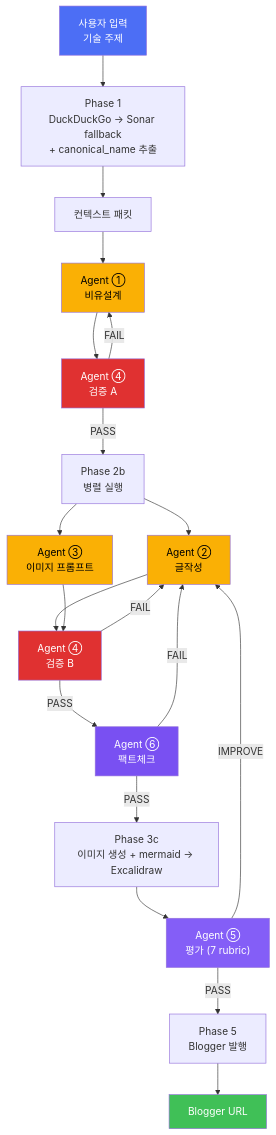
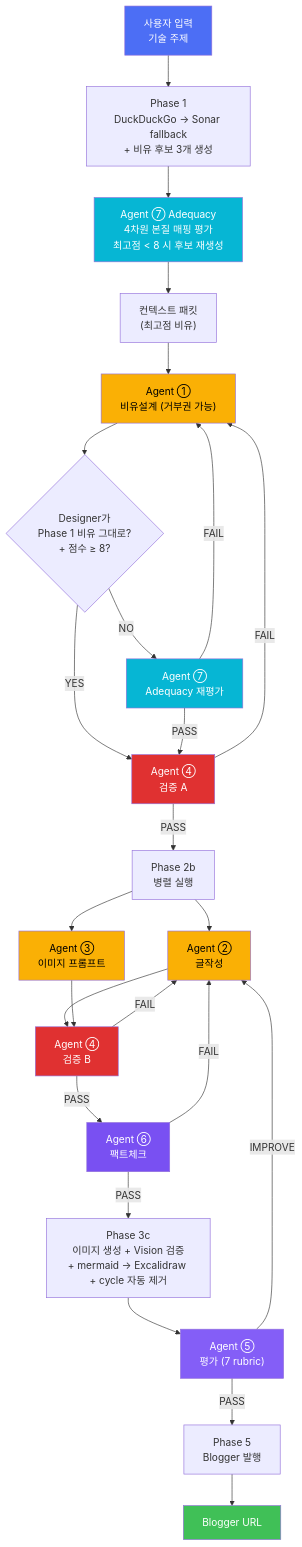
The fifth of 11 diagrams in README.md (Technoetic/blog-generator), drawn with Mermaid before and after one commit. The commit also changed other lines of this file, not shown here.

First line of the commit message:
docs: README 최신화 — 7-Agent + Adequacy Judge + elkjs + 신뢰성 게이트 보강

````diff
--- a/README.md
+++ b/README.md
@@ -281,35 +299,44 @@
 ```mermaid
 flowchart TD
-    USER["사용자 입력<br/>기술 주제"] --> P1["Phase 1<br/>DuckDuckGo → Sonar fallback<br/>+ canonical_name 추출"]
-    P1 --> CTX["컨텍스트 패킷"]
-    CTX --> AGENT1["Agent ①<br/>비유설계"]
-    AGENT1 --> AGENT4A["Agent ④<br/>검증 A"]
+    USER["사용자 입력<br/>기술 주제"] --> P1["Phase 1<br/>DuckDuckGo → Sonar fallback<br/>+ 비유 후보 3개 생성"]
+    P1 --> AGENT7A["Agent ⑦ Adequacy<br/>4차원 본질 매핑 평가<br/>최고점 < 8 시 후보 재생성"]
+    AGENT7A --> CTX["컨텍스트 패킷<br/>(최고점 비유)"]
+    CTX --> AGENT1["Agent ①<br/>비유설계 (거부권 가능)"]
+
+    AGENT1 --> SKIP{"Designer가<br/>Phase 1 비유 그대로?<br/>+ 점수 ≥ 8?"}
+    SKIP -->|YES| AGENT4A["Agent ④<br/>검증 A"]
+    SKIP -->|NO| AGENT7B["Agent ⑦<br/>Adequacy 재평가"]
+    AGENT7B -->|PASS| AGENT4A
+    AGENT7B -->|FAIL| AGENT1
+
     AGENT4A -->|PASS| PAR["Phase 2b<br/>병렬 실행"]
     AGENT4A -->|FAIL| AGENT1
 
     PAR --> AGENT2["Agent ②<br/>글작성"]
     PAR --> AGENT3["Agent ③<br/>이미지 프롬프트"]
 
     AGENT2 & AGENT3 --> AGENT4B["Agent ④<br/>검증 B"]
     AGENT4B -->|PASS| AGENT6["Agent ⑥<br/>팩트체크"]
     AGENT4B -->|FAIL| AGENT2
 
-    AGENT6 -->|PASS| P3C["Phase 3c<br/>이미지 생성 + mermaid → Excalidraw"]
+    AGENT6 -->|PASS| P3C["Phase 3c<br/>이미지 생성 + Vision 검증<br/>+ mermaid → Excalidraw + cycle 자동 제거"]
     AGENT6 -->|FAIL| AGENT2
 
     P3C --> AGENT5["Agent ⑤<br/>평가 (7 rubric)"]
     AGENT5 -->|PASS| P5["Phase 5<br/>Blogger 발행"]
     AGENT5 -->|IMPROVE| AGENT2
 
     P5 --> URL["Blogger URL"]
 
     style USER fill:#4c6ef5,color:#fff
+    style AGENT7A fill:#06b6d4,color:#fff
+    style AGENT7B fill:#06b6d4,color:#fff
     style AGENT1 fill:#fab005,color:#000
     style AGENT2 fill:#fab005,color:#000
     style AGENT3 fill:#fab005,color:#000
     style AGENT4A fill:#e03131,color:#fff
     style AGENT4B fill:#e03131,color:#fff
     style AGENT6 fill:#7950f2,color:#fff
     style AGENT5 fill:#845ef7,color:#fff
     style URL fill:#40c057,color:#fff
 ```
````
